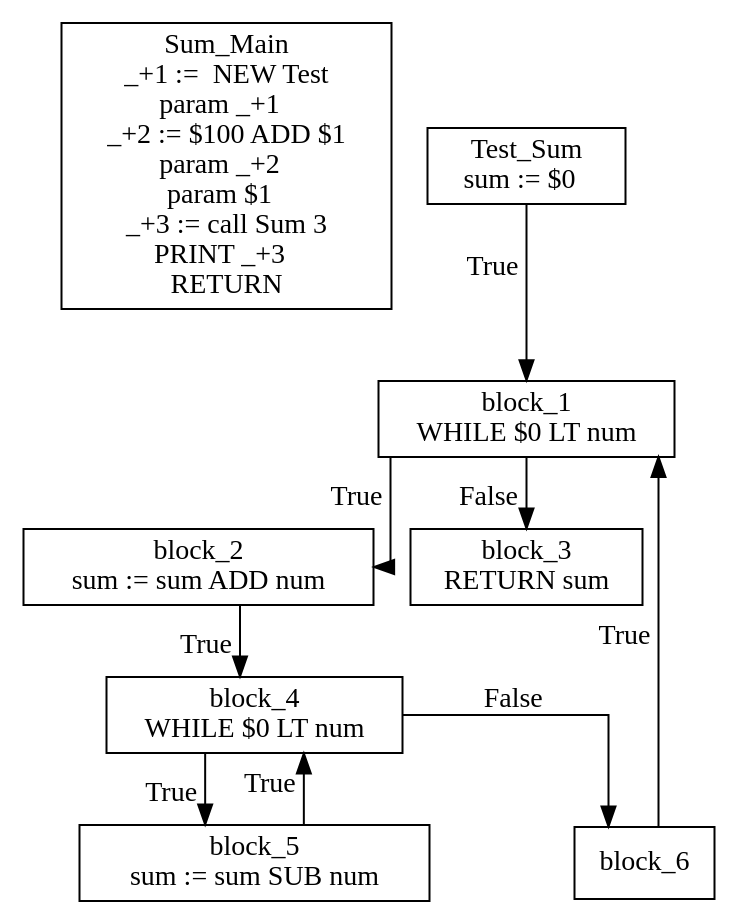
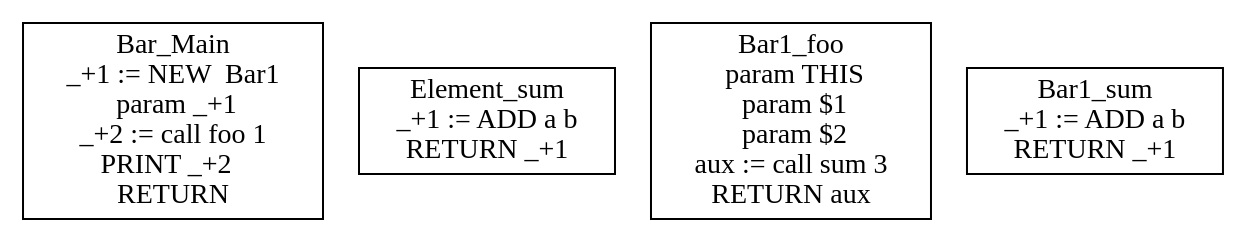
The diagram in IR.dot (AvanaPY/DV1655_Lab1), drawn with Graphviz before and after one commit. The commit also changed 5 other files, not shown here.

```diff
--- a/IR.dot
+++ b/IR.dot
@@ -1,20 +1,8 @@
 digraph {
   graph [splines=ortho]
   node [shape=box]
-  Sum_Main [label="Sum_Main\n_+1 :=  NEW Test\nparam _+1  \n_+2 := $100 ADD $1\nparam _+2  \nparam $1  \n_+3 := call Sum 3\nPRINT _+3  \nRETURN \n"];
-  Test_Sum [label="Test_Sum\nsum := $0  \n"];
-  Test_Sum -> block_1[xlabel="True"];
-  block_1 [label="block_1\nWHILE $0 LT num\n"];
-  block_1 -> block_2[xlabel="True"];
-  block_2 [label="block_2\nsum := sum ADD num\n"];
-  block_2 -> block_4[xlabel="True"];
-  block_4 [label="block_4\nWHILE $0 LT num\n"];
-  block_4 -> block_5[xlabel="True"];
-  block_5 [label="block_5\nsum := sum SUB num\n"];
-  block_5 -> block_4[xlabel="True"];
-  block_4 -> block_6[xlabel="False"];
-  block_6 [label="block_6\n"];
-  block_6 -> block_1[xlabel="True"];
-  block_1 -> block_3[xlabel="False"];
-  block_3 [label="block_3\nRETURN sum\n"];
+  Bar_Main [label="Bar_Main\n_+1 := NEW  Bar1\n  param _+1\n_+2 := call foo 1\nPRINT _+2  \nRETURN \n"];
+  Element_sum [label="Element_sum\n_+1 := ADD a b\nRETURN _+1\n"];
+  Bar1_foo [label="Bar1_foo\n  param THIS\n  param $1\n  param $2\naux := call sum 3\nRETURN aux\n"];
+  Bar1_sum [label="Bar1_sum\n_+1 := ADD a b\nRETURN _+1\n"];
 }
```
